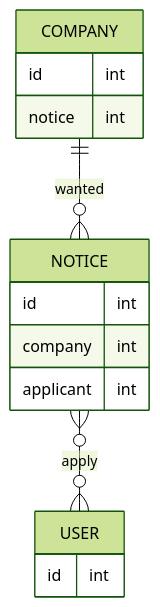
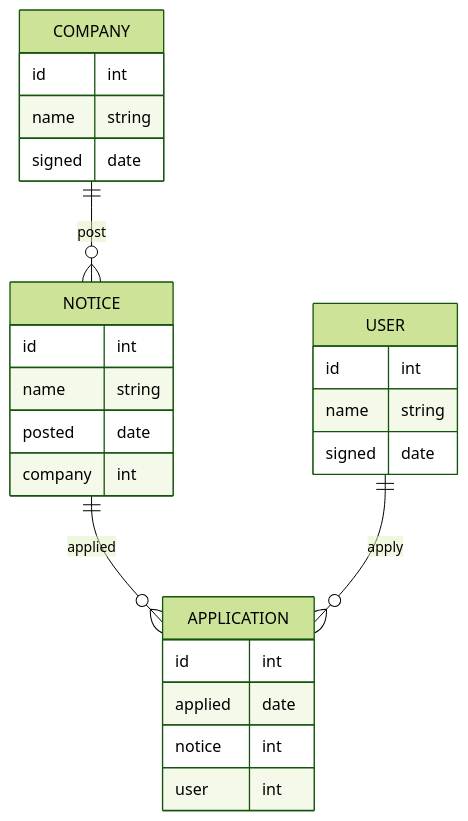
The diagram in README.md (2chanhaeng/wanted-pre-onboarding-backend), drawn with Mermaid (forest theme) before and after one commit. The commit also changed other lines of this file, not shown here.

````diff
--- a/README.md
+++ b/README.md
@@ -39,17 +66,28 @@
 ```mermaid
 erDiagram
     COMPANY {
         id int
-        notice int
+        name string
+        signed date
     }
     USER {
         id int
+        name string
+        signed date
     }
     NOTICE {
         id int
+        name string
+        posted date
         company int
-        applicant int
     }
-    COMPANY ||--o{ NOTICE : wanted
-    NOTICE }o--o{ USER : apply
+    APPLICATION {
+        id int
+        applied date
+        notice int
+        user int
+    }
+    COMPANY ||--o{ NOTICE : post
+    NOTICE ||--o{ APPLICATION : applied
+    USER ||--o{ APPLICATION : apply
 ```
````
